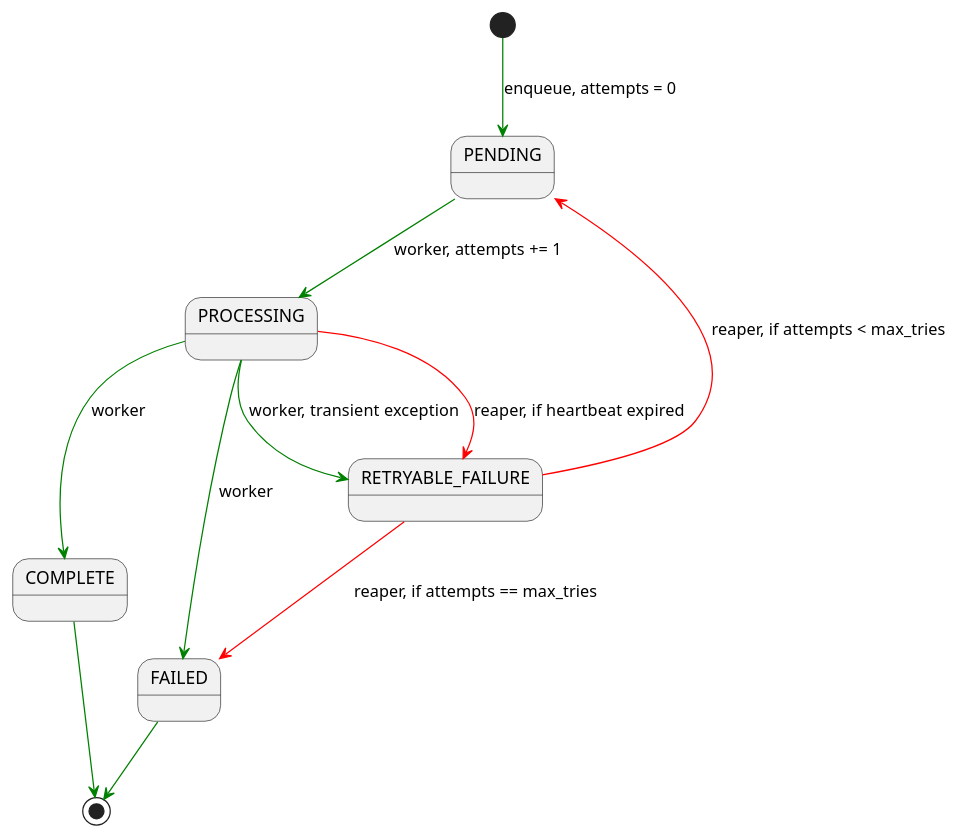
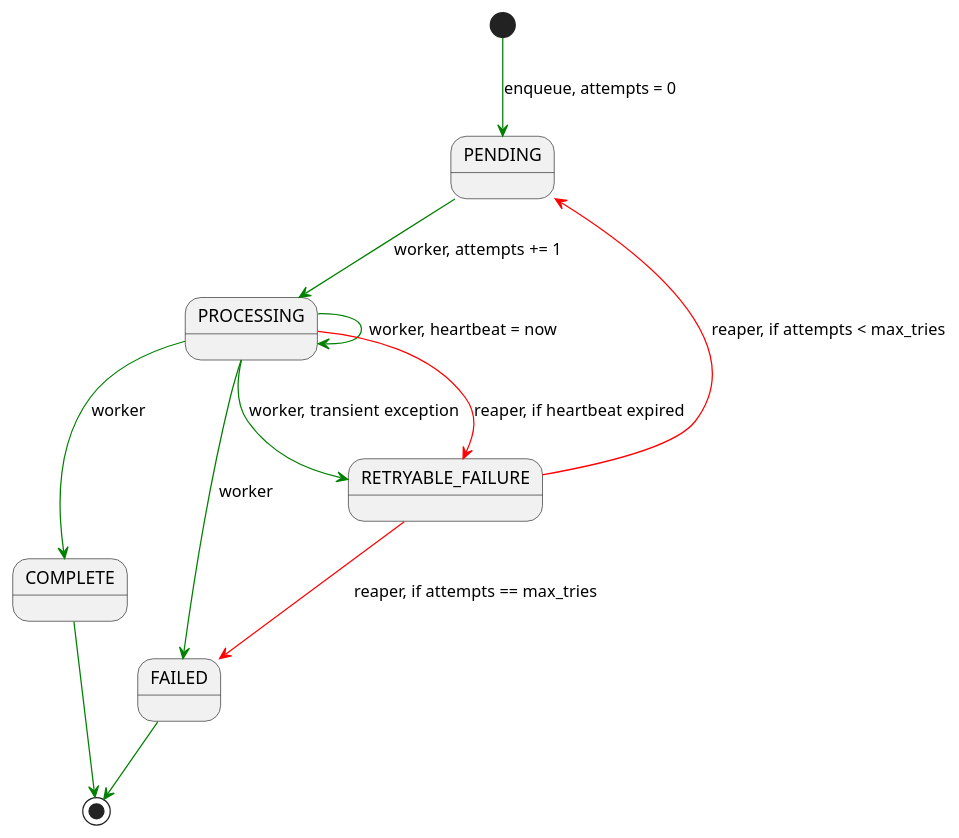
One commit to HugoLBatista/monetate-recommendations changed the diagram in docs/state-diagram.puml. Above: the diagram before and after it, drawn with PlantUML.

Commit message:
Add heartbeat update edge.

```diff
--- a/docs/state-diagram.puml
+++ b/docs/state-diagram.puml
@@ -1,19 +1,21 @@
 @startuml precompute state diagram
 
 [*] -[#green]-> PENDING : enqueue, attempts = 0
 
 PENDING -[#green]-> PROCESSING : worker, attempts += 1
+
+PROCESSING -[#green]-> PROCESSING : worker, heartbeat = now
 
 PROCESSING -[#green]-> COMPLETE : worker
 PROCESSING -[#green]-> RETRYABLE_FAILURE : worker, transient exception
 PROCESSING -[#green]-> FAILED : worker
 
 PROCESSING -[#red]-> RETRYABLE_FAILURE: reaper, if heartbeat expired
 
 RETRYABLE_FAILURE -[#red]-> PENDING : reaper, if attempts < max_tries
 RETRYABLE_FAILURE -[#red]-> FAILED : reaper, if attempts == max_tries
 
 COMPLETE -[#green]-> [*]
 FAILED -[#green]-> [*]
 
 @enduml
```
